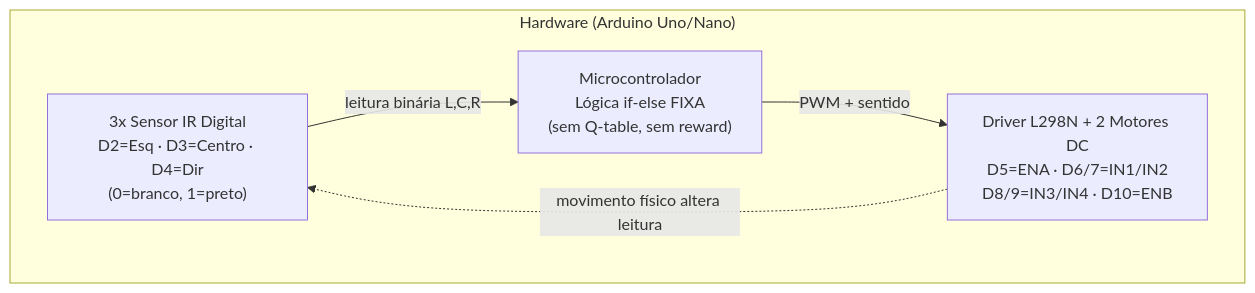
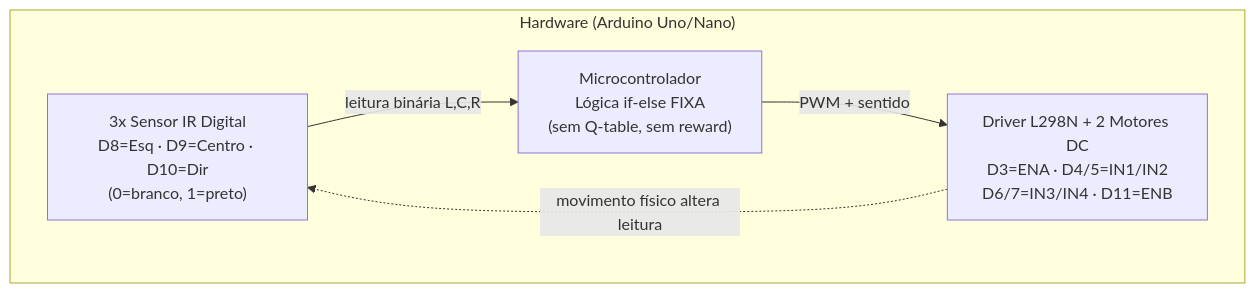
Before and after one commit to PedroZia/enviorment-simulator-python-arduino: the first of 8 diagrams in README.md, drawn with Mermaid. The commit also changed other lines of this file and 61 other files, not shown here.

````diff
--- a/README.md
+++ b/README.md
@@ -19,11 +20,11 @@
 ```mermaid
 flowchart TB
   subgraph HW["Hardware (Arduino Uno/Nano)"]
-    SENS["3x Sensor IR Digital<br/>D2=Esq · D3=Centro · D4=Dir<br/>(0=branco, 1=preto)"]
+    SENS["3x Sensor IR Digital<br/>D8=Esq · D9=Centro · D10=Dir<br/>(0=branco, 1=preto)"]
     MCU["Microcontrolador<br/>Lógica if-else FIXA<br/>(sem Q-table, sem reward)"]
-    MOT["Driver L298N + 2 Motores DC<br/>D5=ENA · D6/7=IN1/IN2<br/>D8/9=IN3/IN4 · D10=ENB"]
+    MOT["Driver L298N + 2 Motores DC<br/>D3=ENA · D4/5=IN1/IN2<br/>D6/7=IN3/IN4 · D11=ENB"]
   end
   SENS -->|leitura binária L,C,R| MCU
   MCU -->|PWM + sentido| MOT
   MOT -.->|movimento físico altera leitura| SENS
 ```
````
